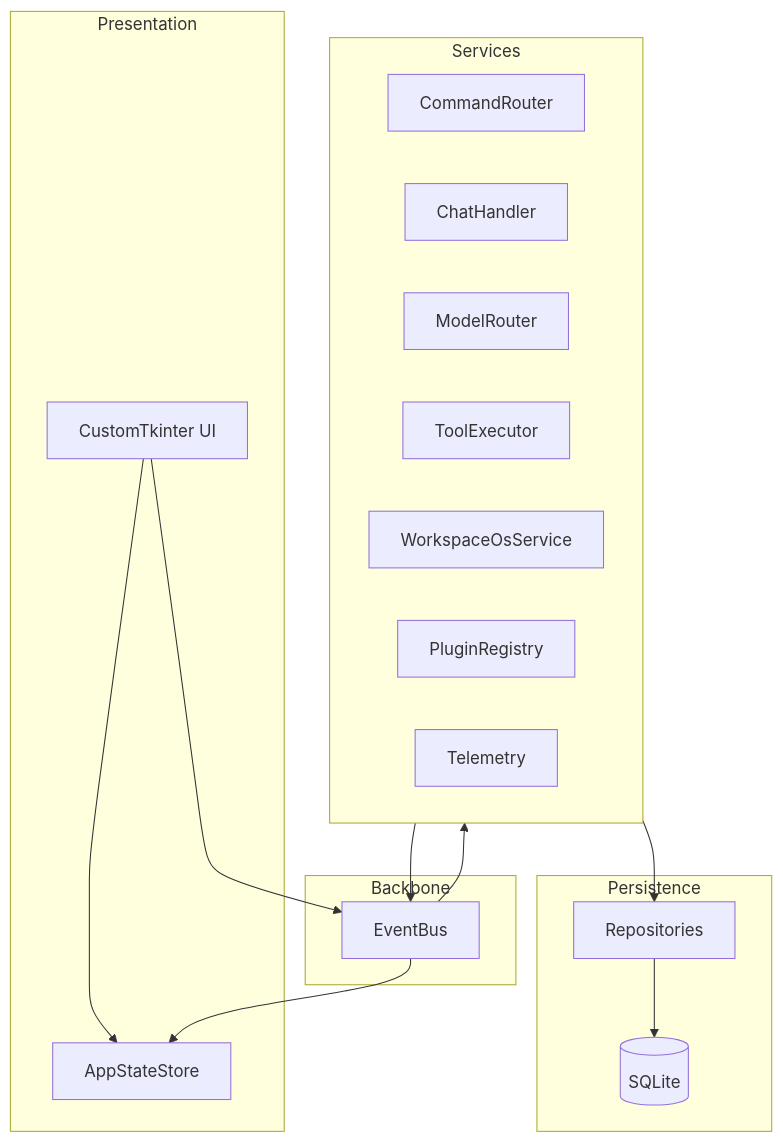
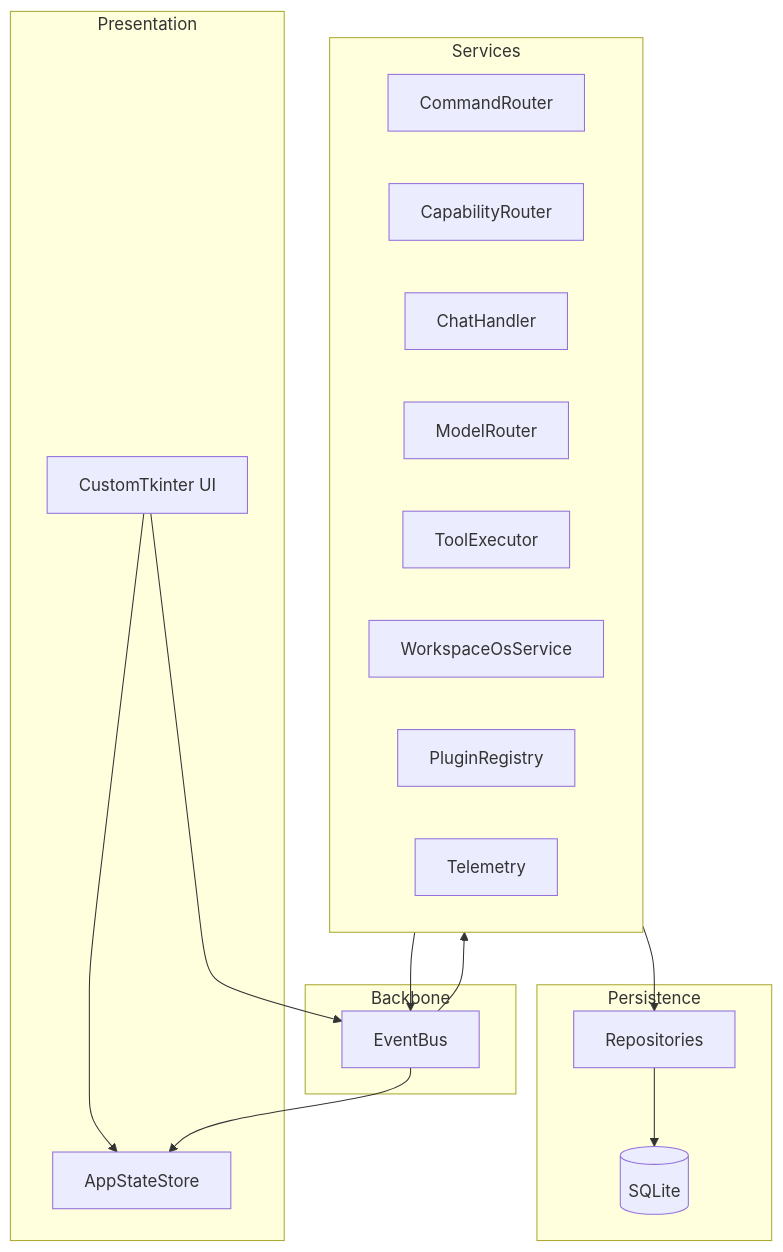
One commit to Perps12-oss/ai-command-center changed the diagram in docs/ARCHITECTURE.md. Above: the diagram before and after it, drawn with Mermaid. The commit also changed other lines of this file and 29 other files, not shown here.

First line of the commit message:
feat(ari): Phase 1-2 capability router and QwenPaw sidecar bridge

````diff
--- a/docs/ARCHITECTURE.md
+++ b/docs/ARCHITECTURE.md
@@ -52,30 +53,31 @@
 ```mermaid
 flowchart TB
     subgraph Presentation
         UI[CustomTkinter UI]
         AS[AppStateStore]
     end
     subgraph Backbone
         BUS[EventBus]
     end
     subgraph Services
         CR[CommandRouter]
+        CapR[CapabilityRouter]
         CH[ChatHandler]
         MR[ModelRouter]
         TE[ToolExecutor]
         WS[WorkspaceOsService]
         PL[PluginRegistry]
         TL[Telemetry]
     end
     subgraph Persistence
         REPO[Repositories]
         SQL[(SQLite)]
     end
     UI --> AS
     UI --> BUS
     BUS --> AS
     BUS --> Services
     Services --> BUS
     Services --> REPO
     REPO --> SQL
 ```
````
